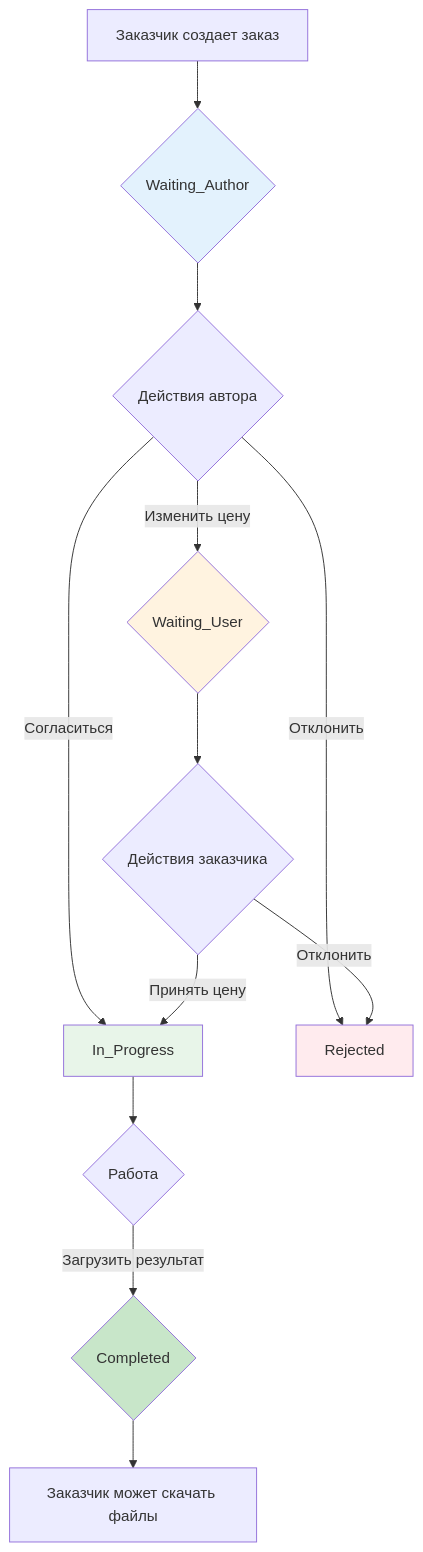
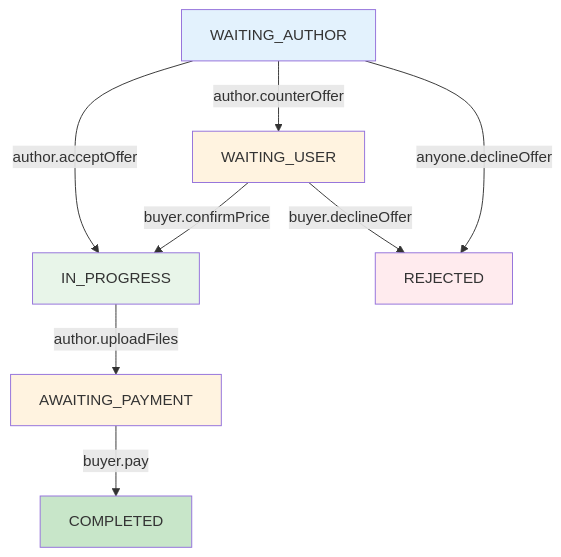
One commit to taofi/diplom_project changed the diagram in plans/chat-orders-architecture.md. Above: the diagram before and after it, drawn with Mermaid. The commit also changed other lines of this file and 31 other files, not shown here.

````diff
--- a/plans/chat-orders-architecture.md
+++ b/plans/chat-orders-architecture.md
@@ -23,24 +93,19 @@
 ```mermaid
 graph TD
-    A[Заказчик создает заказ] --> B{Waiting_Author}
+    A[WAITING_AUTHOR] -->|author.acceptOffer| B[IN_PROGRESS]
+    A -->|author.counterOffer| C[WAITING_USER]
+    A -->|anyone.declineOffer| D[REJECTED]
     
-    B --> C{Действия автора}
-    C -->|Согласиться| D[In_Progress]
-    C -->|Отклонить| E[Rejected]
-    C -->|Изменить цену| F{Waiting_User}
+    C -->|buyer.confirmPrice| B[IN_PROGRESS]
+    C -->|buyer.declineOffer| D[REJECTED]
     
-    F --> G{Действия заказчика}
-    G -->|Принять цену| D
-    G -->|Отклонить| E
+    B -->|author.uploadFiles| E[AWAITING_PAYMENT]
+    E -->|buyer.pay| F[COMPLETED]
     
-    D --> H{Работа}
-    H -->|Загрузить результат| I{Completed}
-    
-    I --> J[Заказчик может скачать файлы]
-    
-    style B fill:#e3f2fd
-    style F fill:#fff3e0
-    style D fill:#e8f5e9
-    style E fill:#ffebee
-    style I fill:#c8e6c9
+    style A fill:#e3f2fd
+    style C fill:#fff3e0
+    style B fill:#e8f5e9
+    style D fill:#ffebee
+    style E fill:#fff3e0
+    style F fill:#c8e6c9
 ```
````
